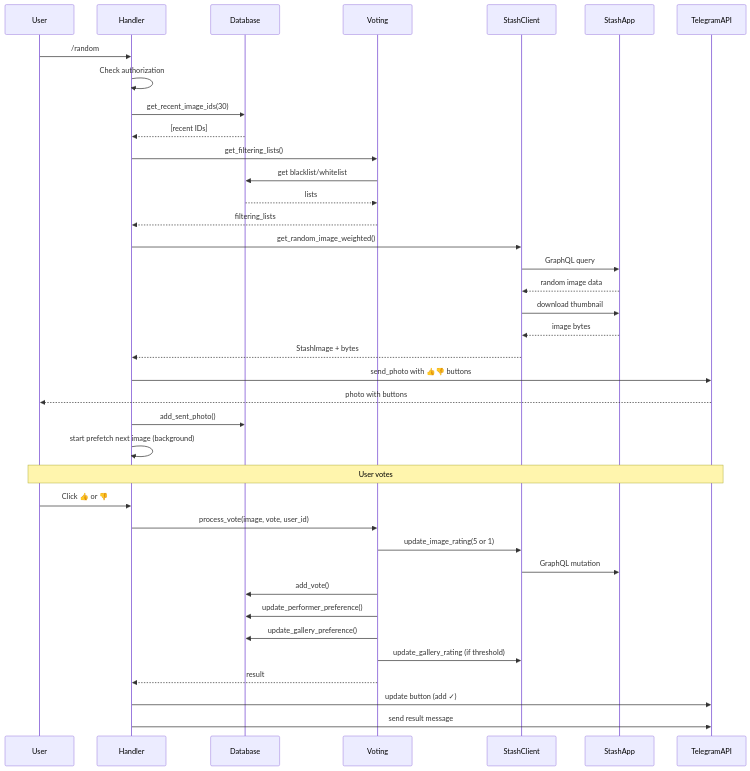
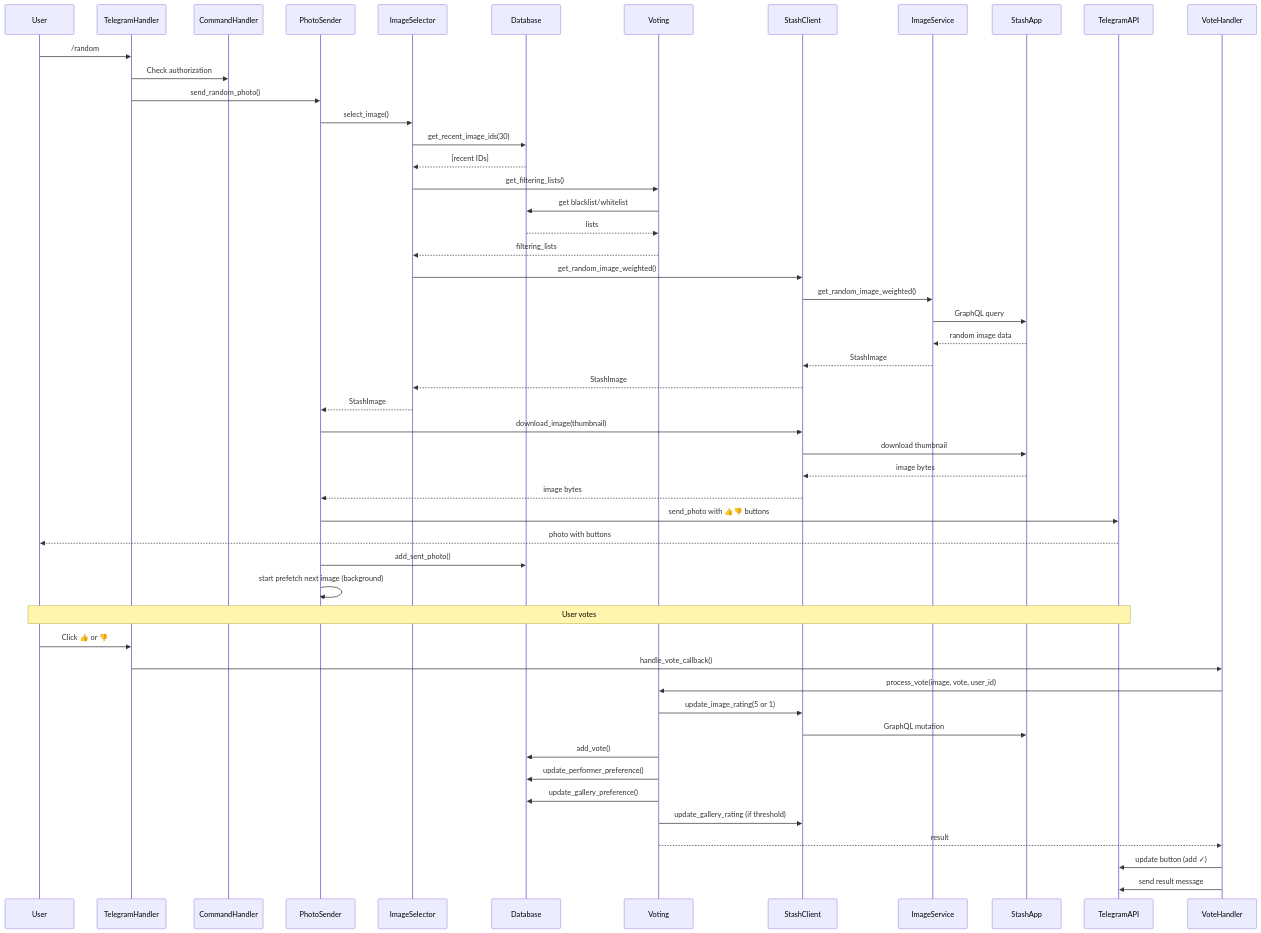
Before and after one commit to frendly/StashAppTelegramBot: the second of 2 diagrams in CURSOR_FULL.md, drawn with Mermaid. The commit also changed other lines of this file and 1 other file, not shown here.

````diff
--- a/CURSOR_FULL.md
+++ b/CURSOR_FULL.md
@@ -456,42 +594,54 @@
 ```mermaid
 sequenceDiagram
     participant User
-    participant Handler
+    participant TelegramHandler
+    participant CommandHandler
+    participant PhotoSender
+    participant ImageSelector
     participant Database
     participant Voting
     participant StashClient
+    participant ImageService
     participant StashApp
     participant TelegramAPI
 
-    User->>Handler: /random
-    Handler->>Handler: Check authorization
-    Handler->>Database: get_recent_image_ids(30)
-    Database-->>Handler: [recent IDs]
-    Handler->>Voting: get_filtering_lists()
+    User->>TelegramHandler: /random
+    TelegramHandler->>CommandHandler: Check authorization
+    TelegramHandler->>PhotoSender: send_random_photo()
+    PhotoSender->>ImageSelector: select_image()
+    ImageSelector->>Database: get_recent_image_ids(30)
+    Database-->>ImageSelector: [recent IDs]
+    ImageSelector->>Voting: get_filtering_lists()
     Voting->>Database: get blacklist/whitelist
     Database-->>Voting: lists
-    Voting-->>Handler: filtering_lists
-    Handler->>StashClient: get_random_image_weighted()
-    StashClient->>StashApp: GraphQL query
-    StashApp-->>StashClient: random image data
+    Voting-->>ImageSelector: filtering_lists
+    ImageSelector->>StashClient: get_random_image_weighted()
+    StashClient->>ImageService: get_random_image_weighted()
+    ImageService->>StashApp: GraphQL query
+    StashApp-->>ImageService: random image data
+    ImageService-->>StashClient: StashImage
+    StashClient-->>ImageSelector: StashImage
+    ImageSelector-->>PhotoSender: StashImage
+    PhotoSender->>StashClient: download_image(thumbnail)
     StashClient->>StashApp: download thumbnail
     StashApp-->>StashClient: image bytes
-    StashClient-->>Handler: StashImage + bytes
-    Handler->>TelegramAPI: send_photo with 👍👎 buttons
+    StashClient-->>PhotoSender: image bytes
+    PhotoSender->>TelegramAPI: send_photo with 👍👎 buttons
     TelegramAPI-->>User: photo with buttons
-    Handler->>Database: add_sent_photo()
-    Handler->>Handler: start prefetch next image (background)
-    
+    PhotoSender->>Database: add_sent_photo()
+    PhotoSender->>PhotoSender: start prefetch next image (background)
+
     Note over User,TelegramAPI: User votes
-    User->>Handler: Click 👍 or 👎
-    Handler->>Voting: process_vote(image, vote, user_id)
+    User->>TelegramHandler: Click 👍 or 👎
+    TelegramHandler->>VoteHandler: handle_vote_callback()
+    VoteHandler->>Voting: process_vote(image, vote, user_id)
     Voting->>StashClient: update_image_rating(5 or 1)
     StashClient->>StashApp: GraphQL mutation
     Voting->>Database: add_vote()
     Voting->>Database: update_performer_preference()
     Voting->>Database: update_gallery_preference()
     Voting->>StashClient: update_gallery_rating (if threshold)
-    Voting-->>Handler: result
-    Handler->>TelegramAPI: update button (add ✓)
-    Handler->>TelegramAPI: send result message
+    Voting-->>VoteHandler: result
+    VoteHandler->>TelegramAPI: update button (add ✓)
+    VoteHandler->>TelegramAPI: send result message
 ```
````
